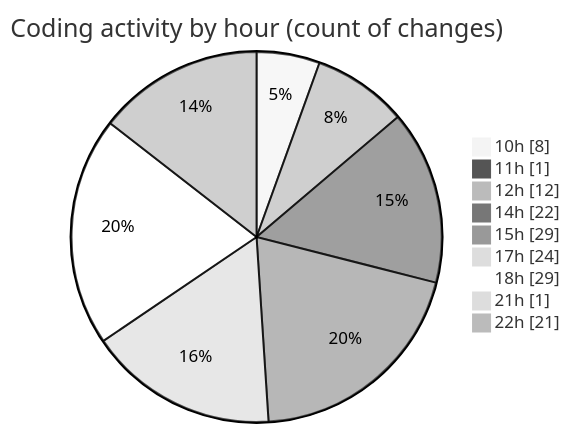
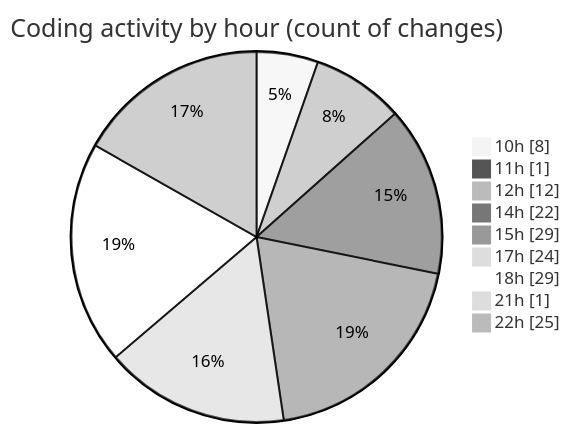
Before and after one commit to momahboobian/code-tracking: the second of 2 diagrams in 2025-07-31/cda/README.md, drawn with Mermaid (neutral theme). The commit also changed other lines of this file and 1 other file, not shown here.

````diff
--- a/2025-07-31/cda/README.md
+++ b/2025-07-31/cda/README.md
@@ -41,13 +41,13 @@
 ```mermaid
 pie showData
 title Coding activity by hour (count of changes)
 "10h" : 8
 "11h" : 1
 "12h" : 12
 "14h" : 22
 "15h" : 29
 "17h" : 24
 "18h" : 29
 "21h" : 1
-"22h" : 21
+"22h" : 25
 ```
````
